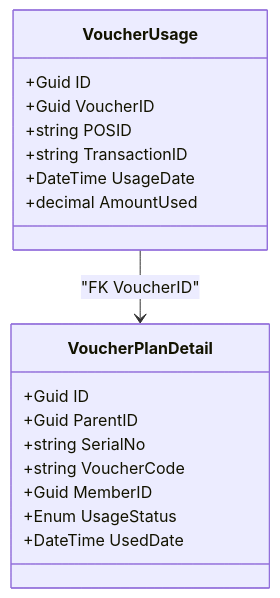
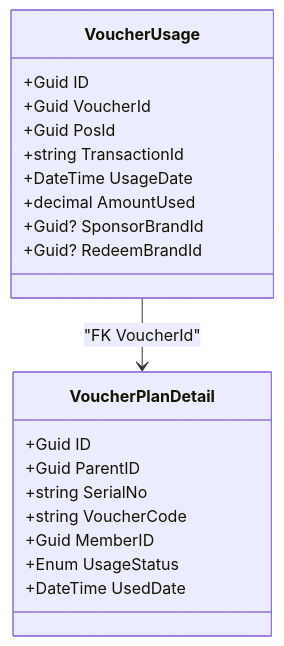
The third of 8 diagrams in .qoder/repowiki/en/content/Data Models and Database Design/Tracking and Distribution Entities.md (lamhongbac/NonCash), drawn with Mermaid before and after one commit. The commit also changed other lines of this file and 57 other files, not shown here.

````diff
--- a/.qoder/repowiki/en/content/Data Models and Database Design/Tracking and Distribution Entities.md
+++ b/.qoder/repowiki/en/content/Data Models and Database Design/Tracking and Distribution Entities.md
@@ -141,21 +156,23 @@
 ```mermaid
 classDiagram
 class VoucherUsage {
 +Guid ID
-+Guid VoucherID
-+string POSID
-+string TransactionID
++Guid VoucherId
++Guid PosId
++string TransactionId
 +DateTime UsageDate
 +decimal AmountUsed
++Guid? SponsorBrandId
++Guid? RedeemBrandId
 }
 class VoucherPlanDetail {
 +Guid ID
 +Guid ParentID
 +string SerialNo
 +string VoucherCode
 +Guid MemberID
 +Enum UsageStatus
 +DateTime UsedDate
 }
-VoucherUsage --> VoucherPlanDetail : "FK VoucherID"
+VoucherUsage --> VoucherPlanDetail : "FK VoucherId"
 ```
````
